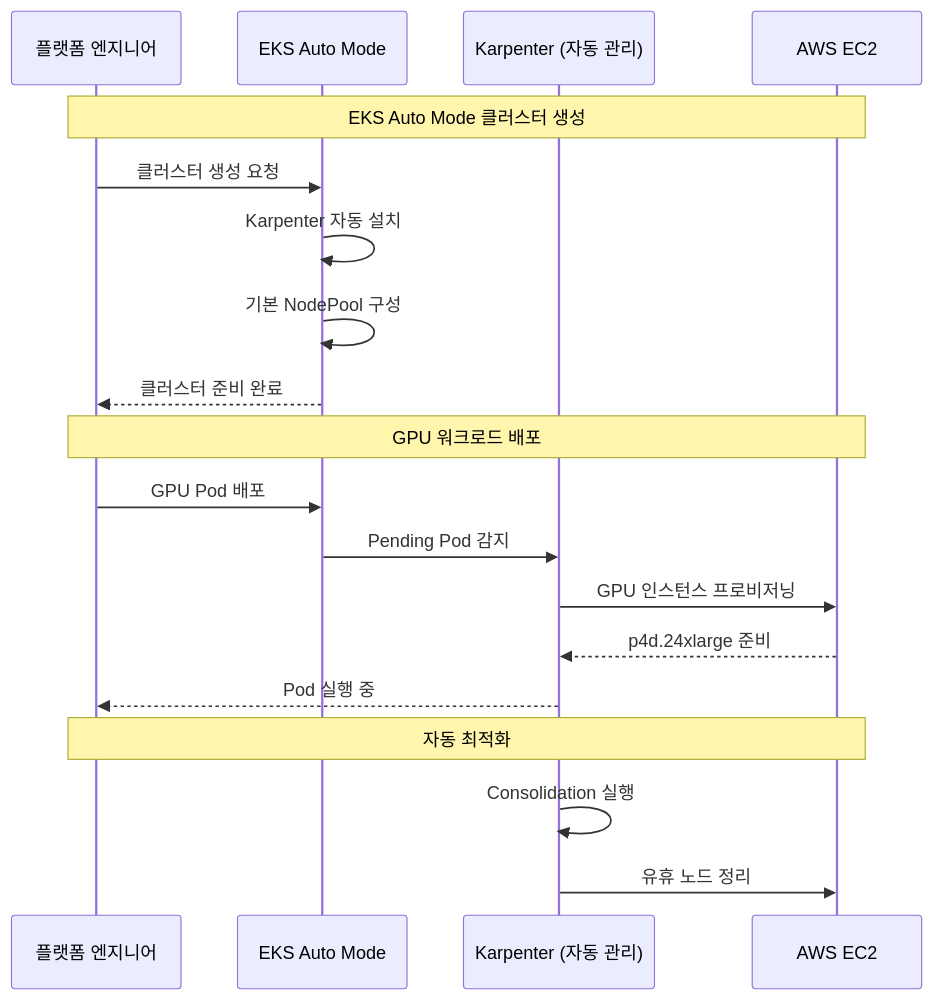
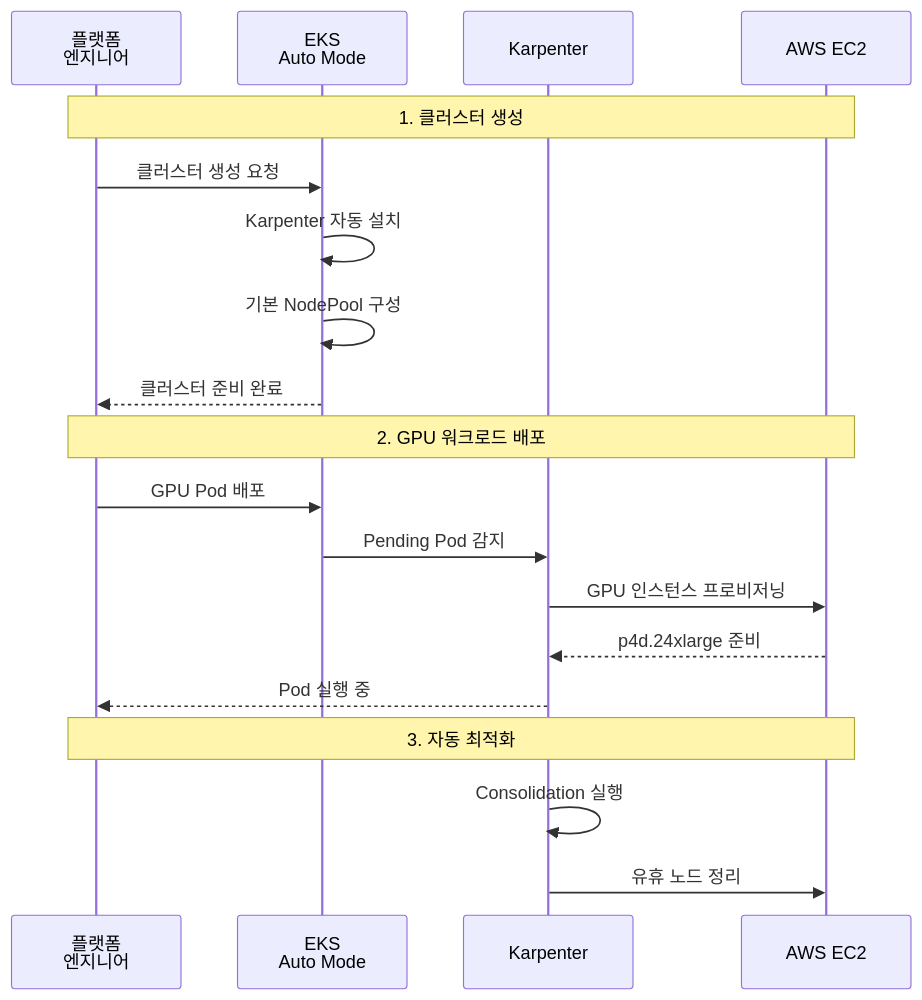
The fifth of 15 diagrams in docs/agentic-ai-platform/design-architecture/agentic-ai-solutions-eks.md (devfloor9/engineering-playbook), drawn with Mermaid before and after one commit. The commit also changed other lines of this file and 24 other files, not shown here.

````diff
--- a/docs/agentic-ai-platform/design-architecture/agentic-ai-solutions-eks.md
+++ b/docs/agentic-ai-platform/design-architecture/agentic-ai-solutions-eks.md
@@ -191,24 +195,24 @@
 ```mermaid
 sequenceDiagram
-    participant User as 플랫폼 엔지니어
-    participant Auto as EKS Auto Mode
-    participant Karp as Karpenter (자동 관리)
+    participant User as 플랫폼<br/>엔지니어
+    participant Auto as EKS<br/>Auto Mode
+    participant Karp as Karpenter
     participant EC2 as AWS EC2
 
-    Note over User,EC2: EKS Auto Mode 클러스터 생성
+    Note over User,EC2: 1. 클러스터 생성
     User->>Auto: 클러스터 생성 요청
     Auto->>Auto: Karpenter 자동 설치
     Auto->>Auto: 기본 NodePool 구성
     Auto-->>User: 클러스터 준비 완료
 
-    Note over User,EC2: GPU 워크로드 배포
+    Note over User,EC2: 2. GPU 워크로드 배포
     User->>Auto: GPU Pod 배포
     Auto->>Karp: Pending Pod 감지
     Karp->>EC2: GPU 인스턴스 프로비저닝
     EC2-->>Karp: p4d.24xlarge 준비
     Karp-->>User: Pod 실행 중
 
-    Note over User,EC2: 자동 최적화
+    Note over User,EC2: 3. 자동 최적화
     Karp->>Karp: Consolidation 실행
     Karp->>EC2: 유휴 노드 정리
 ```
````
